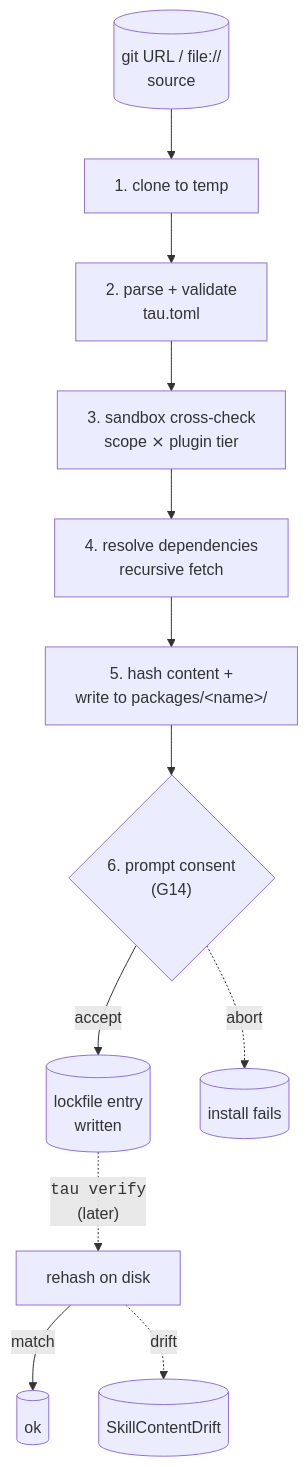
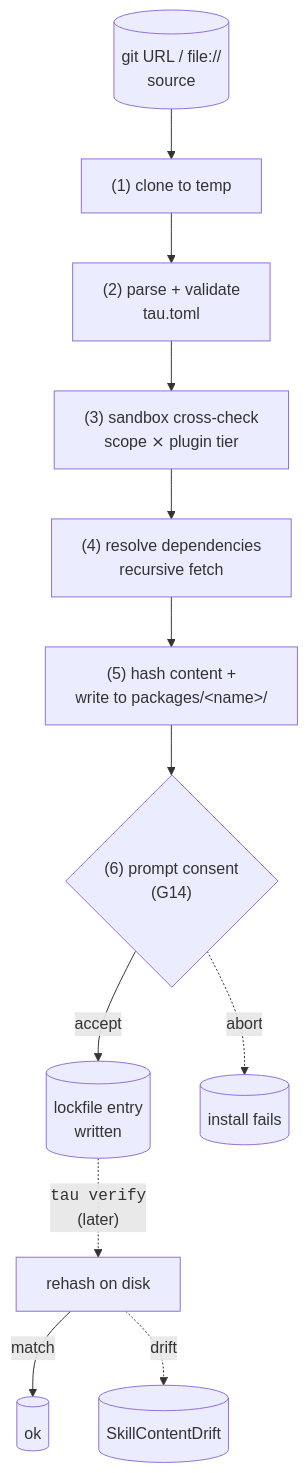
The diagram in docs/explanation/packages.md (LEBOCQTitouan/tau), drawn with Mermaid before and after one commit. The commit also changed 2 other files, not shown here.

Commit message:
docs: fix Mermaid "Unsupported markdown: list" warnings
Mermaid 11 (what mdbook-mermaid v0.14 bundles) interprets "1." /
"2." prefixes in node and subgraph labels as ordered-list markdown
syntax. Its renderer can't actually render the list, so the page
displays a literal "Unsupported markdown: list" string in place of
the affected label.

Two diagrams were hit:

- explanation/multi-agent-orchestration.md: the five-pattern
  topology diagram used "1. Linear" … "5. Hierarchical" as
  subgraph labels.
- explanation/packages.md: the install lifecycle flowchart used
  "1. clone to temp" … "6. prompt consent" as node labels.

Both switch to "(1) Linear" / "(1) clone to temp" form. The
parentheses preserve the numbering for the reader without
triggering Mermaid's list parser.

CLAUDE.md DOCS RULES gains a note documenting this so future doc
authors avoid the same trap.

````diff
--- a/docs/explanation/packages.md
+++ b/docs/explanation/packages.md
@@ -143,14 +143,14 @@
 ```mermaid
 flowchart TD
-    S[("git URL / file://<br/>source")] --> C["1. clone to temp"]
-    C --> P["2. parse + validate<br/>tau.toml"]
-    P --> X["3. sandbox cross-check<br/>scope ⨯ plugin tier"]
-    X --> D["4. resolve dependencies<br/>recursive fetch"]
-    D --> H["5. hash content +<br/>write to packages/&lt;name&gt;/"]
-    H --> Q{"6. prompt consent<br/>(G14)"}
+    S[("git URL / file://<br/>source")] --> C["(1) clone to temp"]
+    C --> P["(2) parse + validate<br/>tau.toml"]
+    P --> X["(3) sandbox cross-check<br/>scope ⨯ plugin tier"]
+    X --> D["(4) resolve dependencies<br/>recursive fetch"]
+    D --> H["(5) hash content +<br/>write to packages/&lt;name&gt;/"]
+    H --> Q{"(6) prompt consent<br/>(G14)"}
     Q -->|"accept"| LF[("lockfile entry<br/>written")]
     Q -.->|"abort"| Z[(install fails)]
     LF -.->|"<code>tau verify</code><br/>(later)"| H2["rehash on disk"]
     H2 -->|"match"| OK[(ok)]
     H2 -.->|"drift"| Z2[(SkillContentDrift)]
 ```
````
